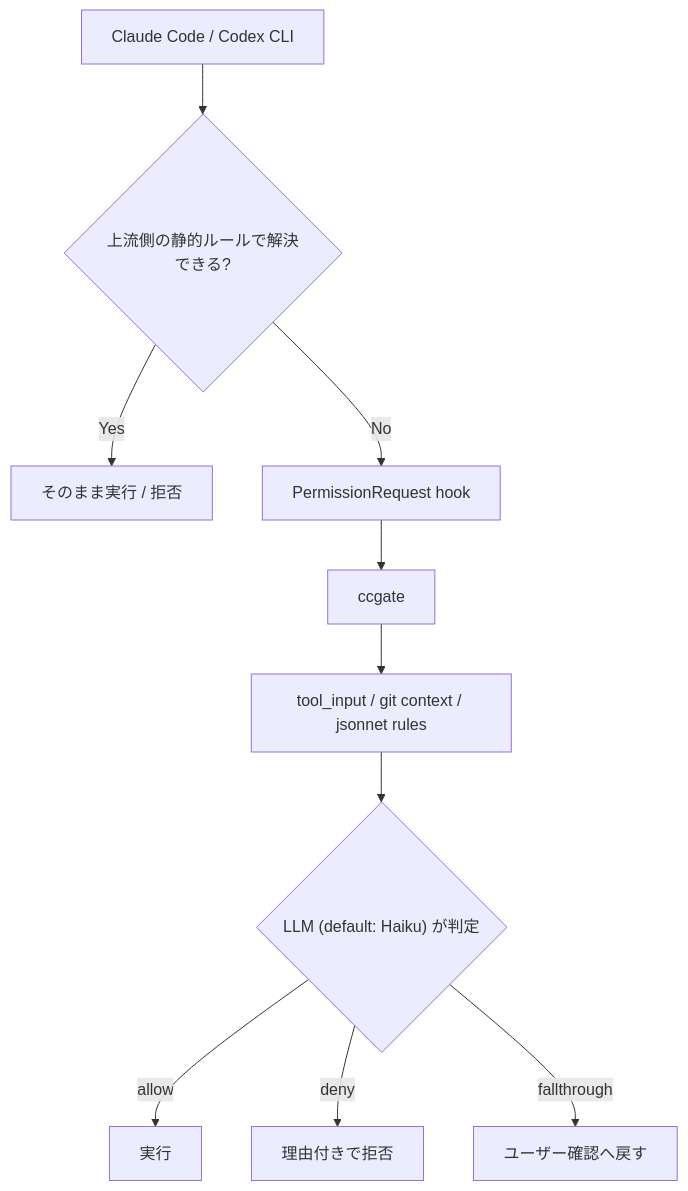
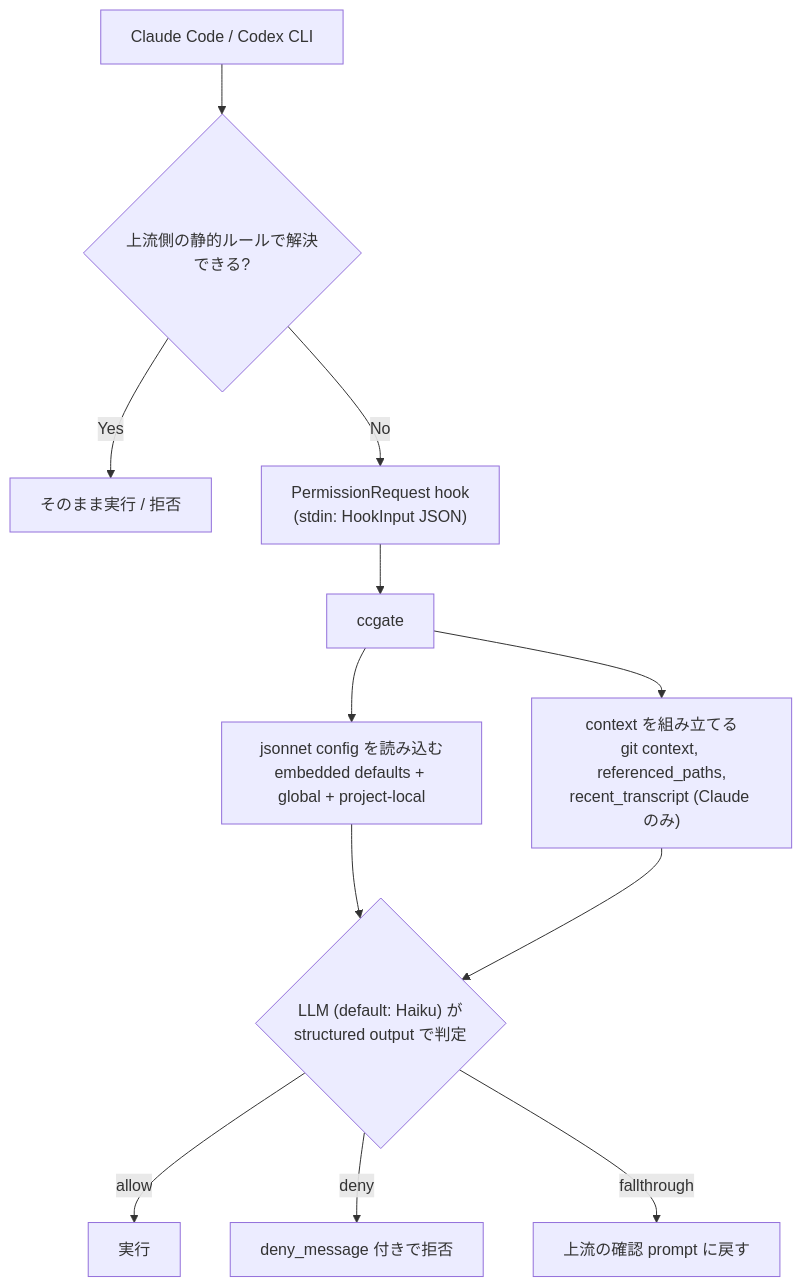
One commit to tak848/ccgate changed the diagram in docs/ja/README.md. Above: the diagram before and after it, drawn with Mermaid. The commit also changed 1 other file, not shown here.

Commit message:
docs(readme): fold the Concepts ASCII detail back into the mermaid
The previous mermaid replacement dropped four pieces of information
that the old ASCII pipeline carried: the three-layer jsonnet config
(embedded defaults + global + project-local), the context fields
(git context, referenced_paths, recent_transcript Claude-only), the
wire format on the way in (stdin: HookInput JSON), and the structured-
output framing for the LLM call. Add them back as mermaid node labels
so the diagram now carries the same information as the prior text
diagram plus the upstream-static-rules branch that the mermaid added.

````diff
--- a/docs/ja/README.md
+++ b/docs/ja/README.md
@@ -155,12 +155,14 @@
 ```mermaid
 flowchart TD
   A["Claude Code / Codex CLI"] --> B{"上流側の静的ルールで解決できる?"}
   B -->|Yes| C["そのまま実行 / 拒否"]
-  B -->|No| D["PermissionRequest hook"]
+  B -->|No| D["PermissionRequest hook<br/>(stdin: HookInput JSON)"]
   D --> E["ccgate"]
-  E --> F["tool_input / git context / jsonnet rules"]
-  F --> G{"LLM (default: Haiku) が判定"}
+  E --> F1["jsonnet config を読み込む<br/>embedded defaults + global + project-local"]
+  E --> F2["context を組み立てる<br/>git context, referenced_paths,<br/>recent_transcript (Claude のみ)"]
+  F1 --> G{"LLM (default: Haiku) が<br/>structured output で判定"}
+  F2 --> G
   G -->|allow| H["実行"]
-  G -->|deny| I["理由付きで拒否"]
-  G -->|fallthrough| J["ユーザー確認へ戻す"]
+  G -->|deny| I["deny_message 付きで拒否"]
+  G -->|fallthrough| J["上流の確認 prompt に戻す"]
 ```
````
